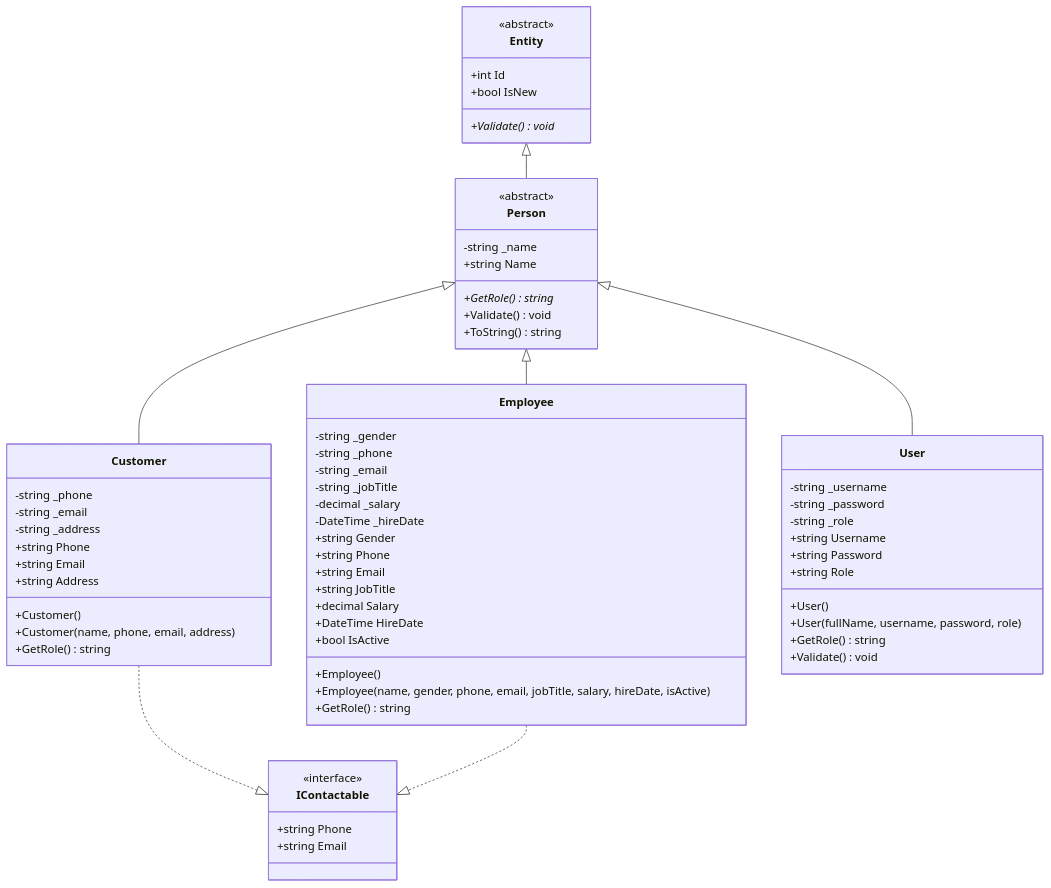
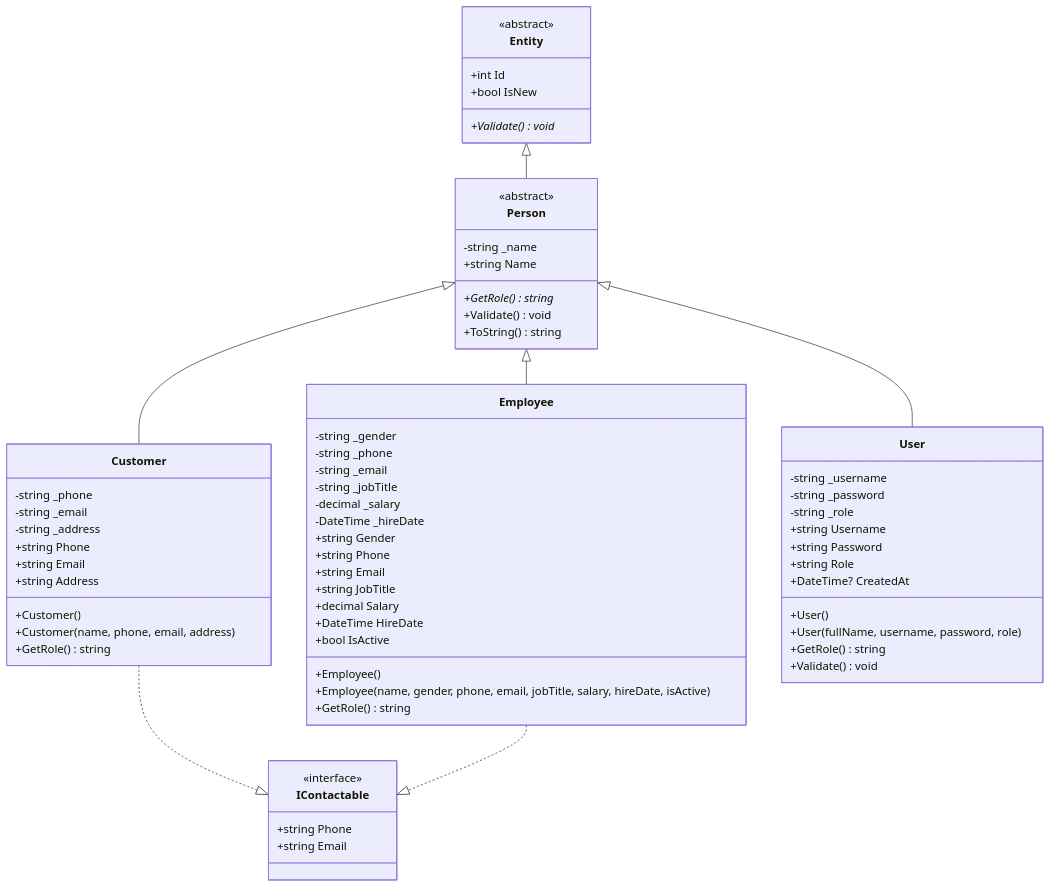
Before and after one commit to jayawardhnaRMA/Inventory_Management_system: the diagram in Docs/diagrams/class-people.mmd, drawn with Mermaid. The commit also changed 11 other files, not shown here.

```diff
--- a/Docs/diagrams/class-people.mmd
+++ b/Docs/diagrams/class-people.mmd
@@ -1,78 +1,79 @@
 classDiagram
     direction TB
 
     class Entity {
         <<abstract>>
         +int Id
         +bool IsNew
         +Validate()* void
     }
 
     class Person {
         <<abstract>>
         -string _name
         +string Name
         +GetRole()* string
         +Validate() void
         +ToString() string
     }
 
     class IContactable {
         <<interface>>
         +string Phone
         +string Email
     }
 
     class Customer {
         -string _phone
         -string _email
         -string _address
         +string Phone
         +string Email
         +string Address
         +Customer()
         +Customer(name, phone, email, address)
         +GetRole() string
     }
 
     class Employee {
         -string _gender
         -string _phone
         -string _email
         -string _jobTitle
         -decimal _salary
         -DateTime _hireDate
         +string Gender
         +string Phone
         +string Email
         +string JobTitle
         +decimal Salary
         +DateTime HireDate
         +bool IsActive
         +Employee()
         +Employee(name, gender, phone, email, jobTitle, salary, hireDate, isActive)
         +GetRole() string
     }
 
     class User {
         -string _username
         -string _password
         -string _role
         +string Username
         +string Password
         +string Role
+        +DateTime? CreatedAt
         +User()
         +User(fullName, username, password, role)
         +GetRole() string
         +Validate() void
     }
 
 
 
 
     Entity <|-- Person
     Person <|-- Customer
     Person <|-- Employee
     Person <|-- User
     Customer ..|> IContactable
     Employee ..|> IContactable
```
